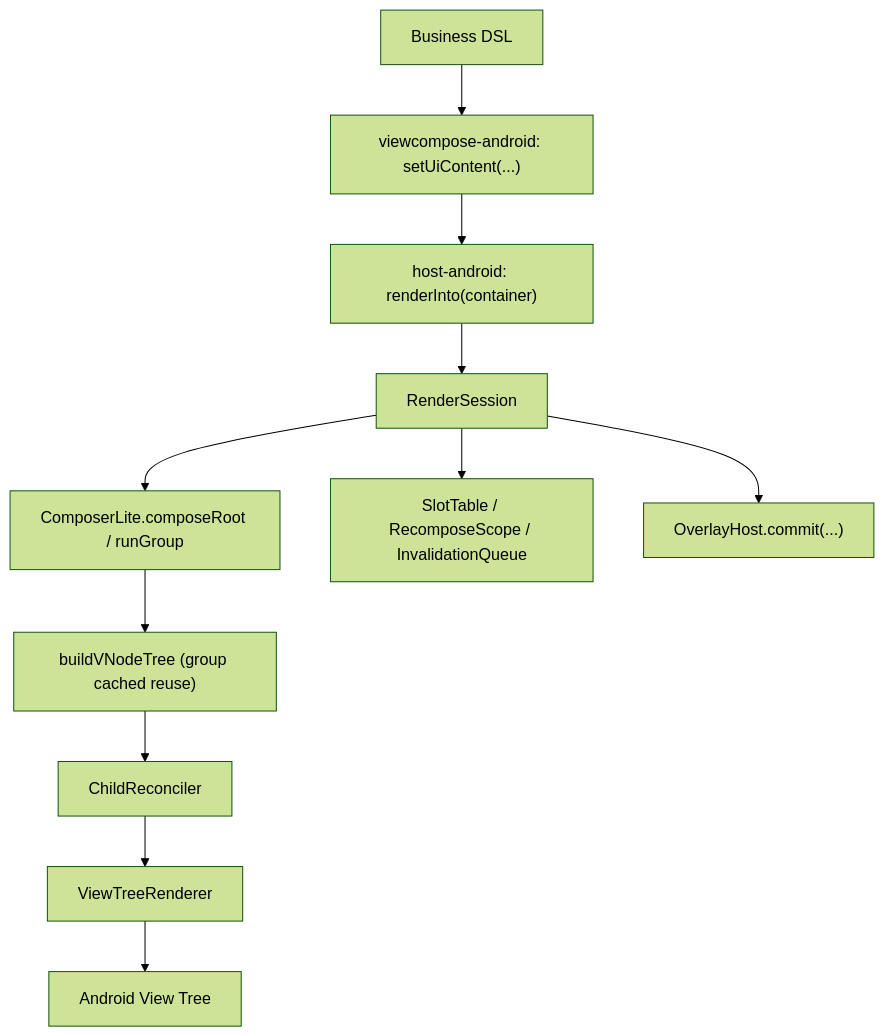
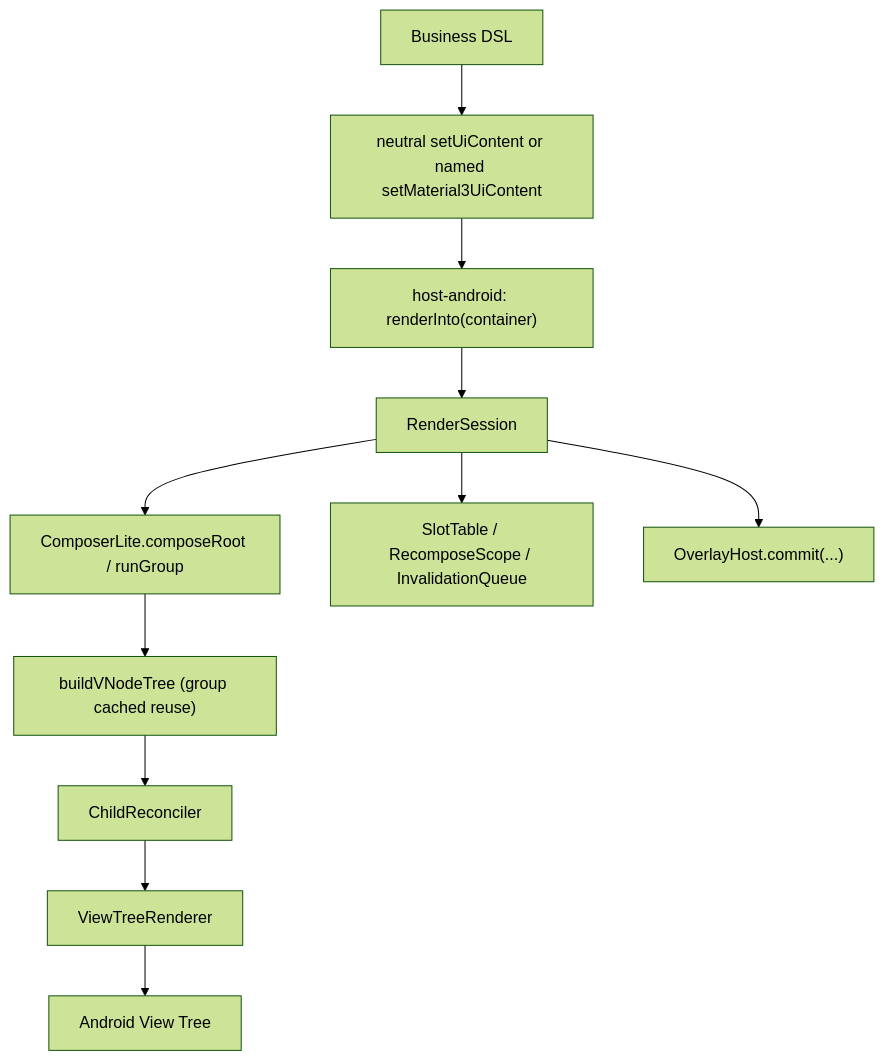
One commit to ViewCompose/ViewCompose changed the diagram in docs/architecture/overview.md. Above: the diagram before and after it, drawn with Mermaid (forest theme). The commit also changed other lines of this file and 281 other files, not shown here.

````diff
--- a/docs/architecture/overview.md
+++ b/docs/architecture/overview.md
@@ -139,13 +150,13 @@
 ```mermaid
 flowchart TD
-    A["Business DSL"] --> B["viewcompose-android: setUiContent(...)"]
+    A["Business DSL"] --> B["neutral setUiContent or named setMaterial3UiContent"]
     B --> C["host-android: renderInto(container)"]
     C --> D["RenderSession"]
     D --> E["ComposerLite.composeRoot / runGroup"]
     E --> F["buildVNodeTree (group cached reuse)"]
     F --> G["ChildReconciler"]
     G --> H["ViewTreeRenderer"]
     H --> I["Android View Tree"]
     D --> J["SlotTable / RecomposeScope / InvalidationQueue"]
     D --> K["OverlayHost.commit(...)"]
 ```
````
